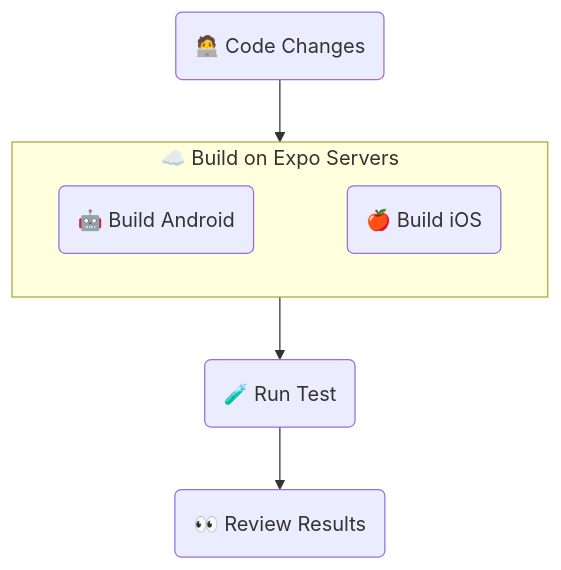
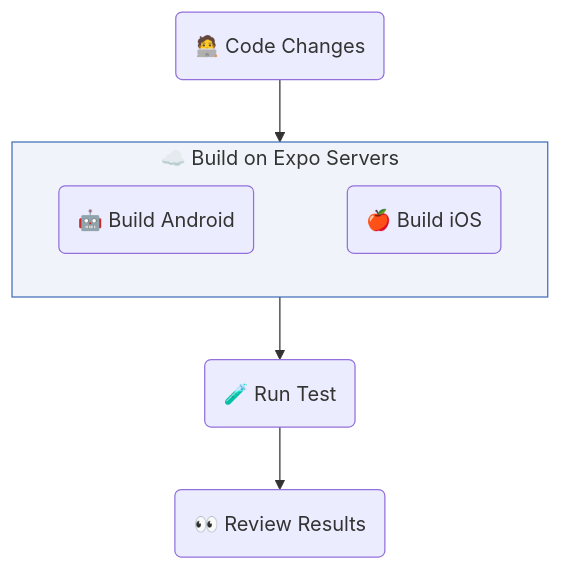
Before and after one commit to sherlo-io/sherlo: the diagram in examples/eas-cloud-build/README.md, drawn with Mermaid.

Commit message:
no message

````diff
--- a/examples/eas-cloud-build/README.md
+++ b/examples/eas-cloud-build/README.md
@@ -14,15 +14,16 @@
 ```mermaid
 flowchart TB
    UI(🧑‍💻 Code Changes)
-   subgraph Cloud[☁️ Build on Expo Servers]
+   subgraph Build[☁️ Build on Expo Servers]
       Android(🤖 Build Android)
       iOS(🍎 Build iOS)
       Android ~~~ iOS
+      style Build fill:#426FB714,stroke:#426FB7
    end
    Test(🧪 Run Test)
    Review(👀 Review Results)
 
-   UI --> Cloud
-   Cloud --> Test
+   UI --> Build
+   Build --> Test
    Test --> Review
 ```
````
